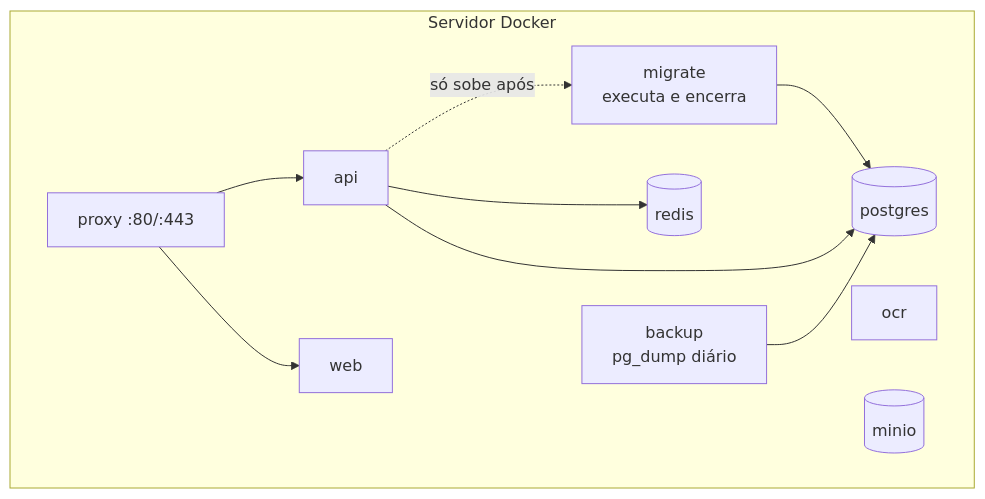
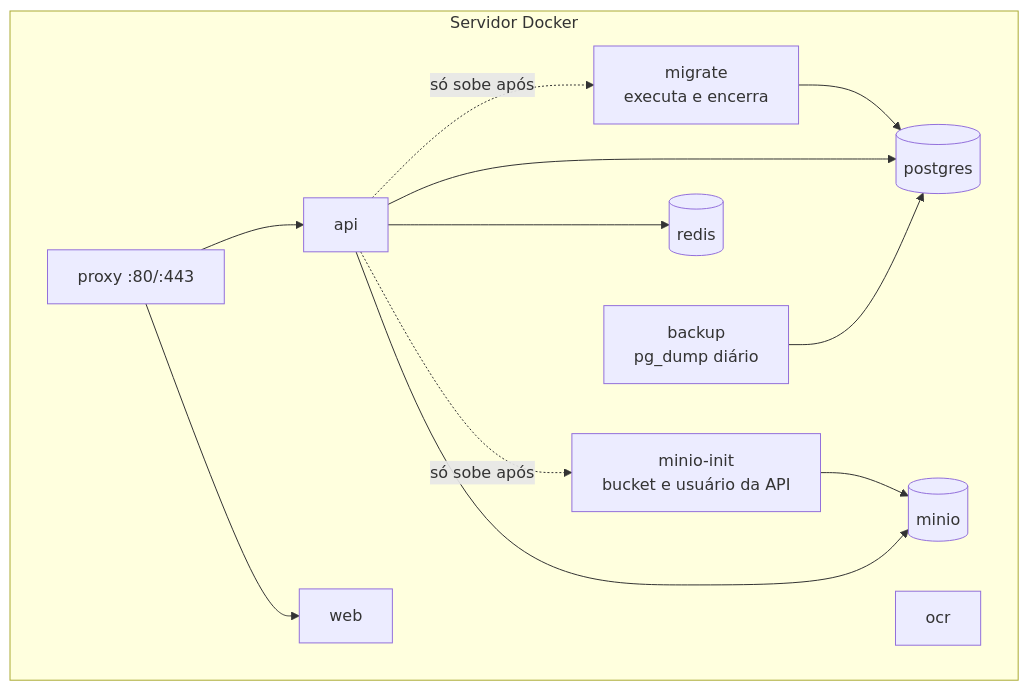
Before and after one commit to DaviLohan/sotops: the third of 3 diagrams in docs/02-arquitetura.md, drawn with Mermaid. The commit also changed other lines of this file and 6 other files, not shown here.

First line of the commit message:
Produção verificada e MinIO com usuário próprio da API

````diff
--- a/docs/02-arquitetura.md
+++ b/docs/02-arquitetura.md
@@ -99,19 +99,21 @@
 ```mermaid
 flowchart TB
   subgraph host[Servidor Docker]
     proxy[proxy :80/:443]
     web[web]
     api[api]
     migrate[migrate<br/>executa e encerra]
+    minioinit[minio-init<br/>bucket e usuário da API]
     ocr[ocr]
     pg[(postgres)]
     redis[(redis)]
     minio[(minio)]
     backup[backup<br/>pg_dump diário]
   end
   migrate --> pg
-  api -. só sobe após .-> migrate
+  minioinit --> minio
+  api -. só sobe após .-> migrate & minioinit
   proxy --> web & api
-  api --> pg & redis
+  api --> pg & redis & minio
   backup --> pg
 ```
````
